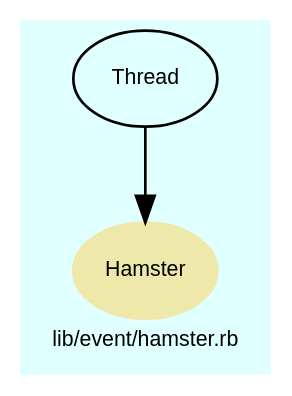
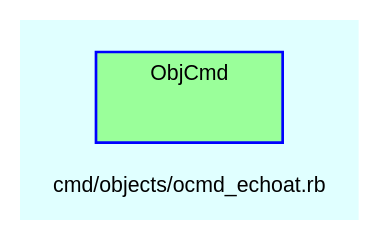
The diagram in doc/dot/f_49.dot (Tyche/teensymud), drawn with Graphviz before and after one commit. The commit also changed 297 other files, not shown here.

```diff
--- a/doc/dot/f_49.dot
+++ b/doc/dot/f_49.dot
@@ -1,31 +1,29 @@
 digraph TopLevel {
     compound = true
     bgcolor = lightcyan1
     fontname = Arial
     fontsize = 8
-    label = "lib/event/hamster.rb"
+    label = "cmd/objects/ocmd_echoat.rb"
     node [
         fontname = Arial,
         fontsize = 8,
         color = black
     ]
 
-    Hamster [
-        fontcolor = black,
-        URL = "classes/Hamster.html",
-        shape = ellipse,
-        color = palegoldenrod,
-        style = filled,
-        label = "Hamster"
-    ]
+    subgraph cluster_ObjCmd {
+        fillcolor = palegreen1
+        URL = "classes/ObjCmd.html"
+        fontname = Arial
+        color = blue
+        label = "ObjCmd"
+        style = filled
+        ObjCmd [
+            shape = plaintext,
+            height = 0.01,
+            width = 0.75,
+            label = ""
+        ]
 
-    Thread [
-        URL = "classes/Thread.html",
-        label = "Thread"
-    ]
-
-    Thread -> Hamster [
-
-    ]
+    }
 
 }
```
